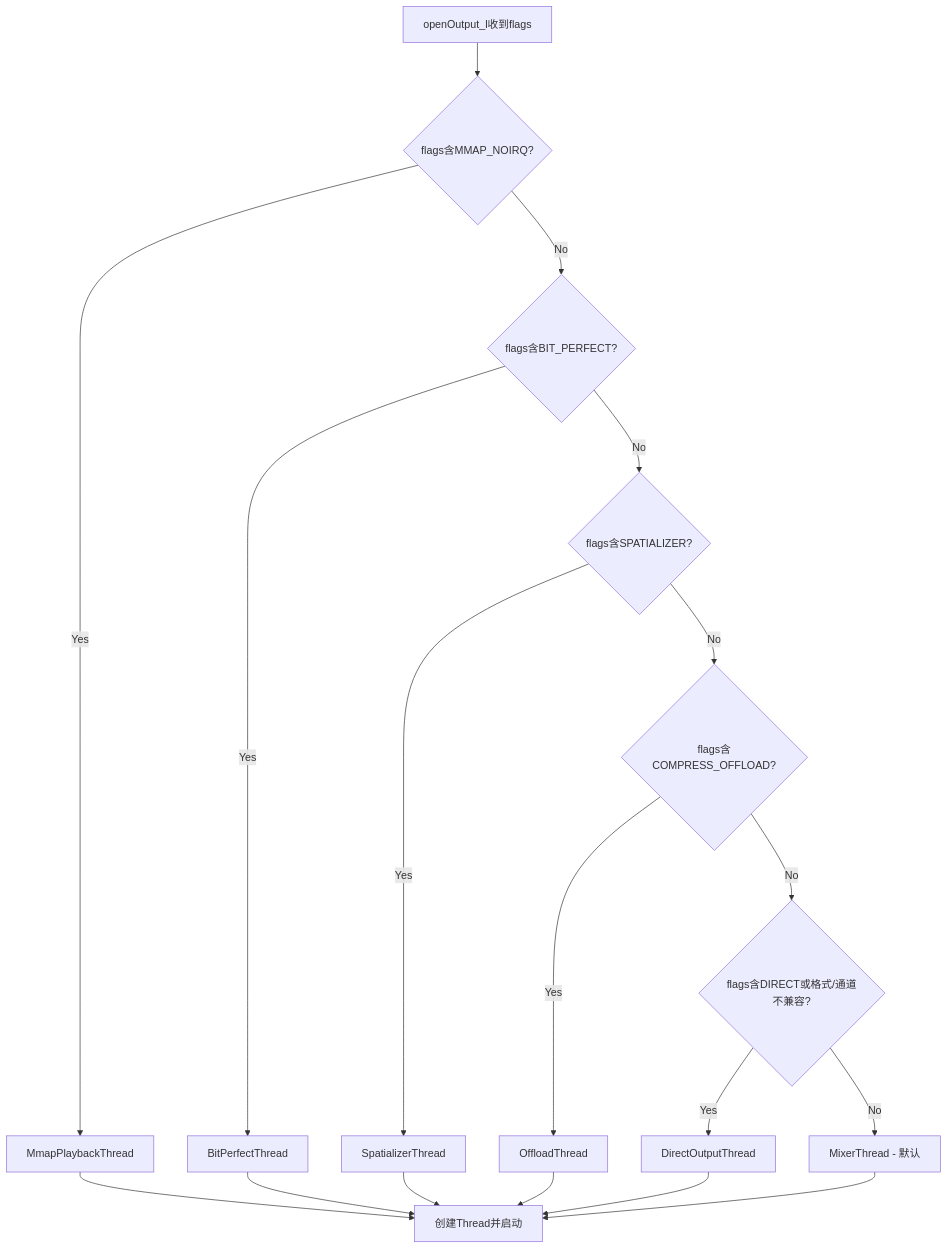
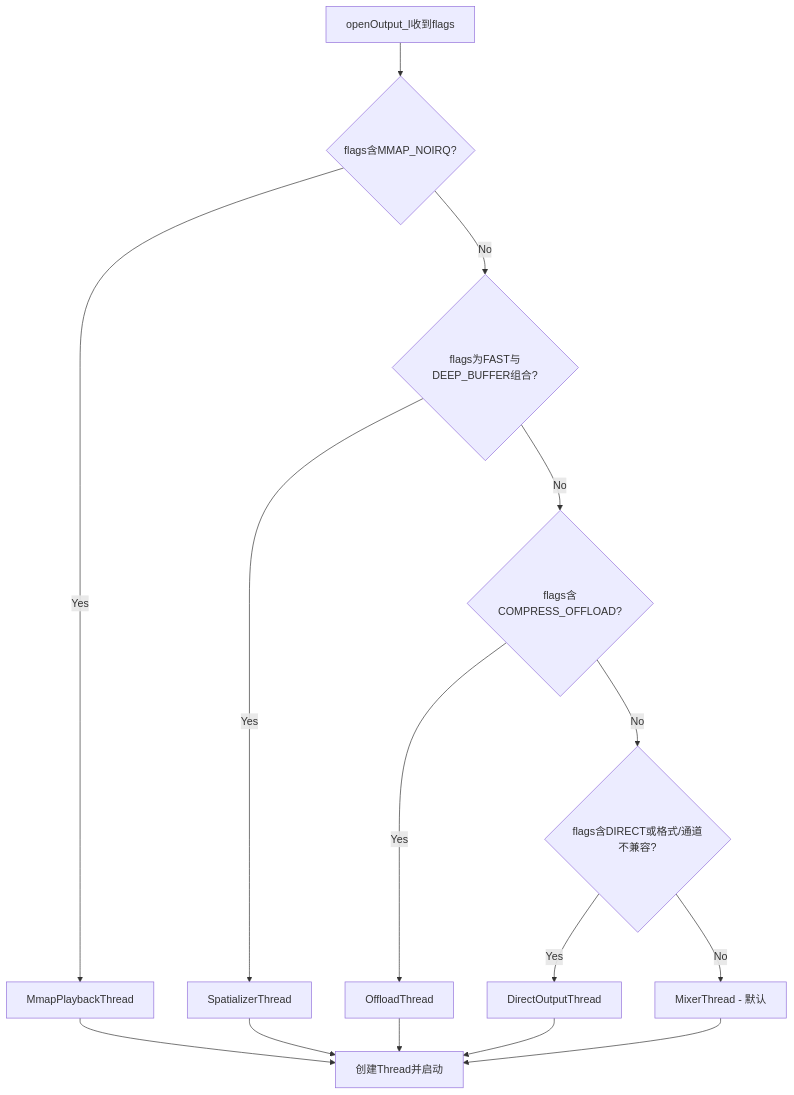
The fourth of 5 diagrams in 05_AudioFlinger/05_5.8_Thread继承体系与匹配规则.md (yanglinzhen1022/SA8295_AAOS_QNX_Audio_KnowledgeBase), drawn with Mermaid before and after one commit. The commit also changed other lines of this file and 12 other files, not shown here.

````diff
--- a/05_AudioFlinger/05_5.8_Thread继承体系与匹配规则.md
+++ b/05_AudioFlinger/05_5.8_Thread继承体系与匹配规则.md
@@ -657,21 +653,18 @@
 ```mermaid
 flowchart TD
     Start[openOutput_l收到flags] --> Check1{flags含MMAP_NOIRQ?}
     Check1 -->|Yes| Create1[MmapPlaybackThread]
-    Check1 -->|No| Check2{flags含BIT_PERFECT?}
-    Check2 -->|Yes| Create2[BitPerfectThread]
-    Check2 -->|No| Check3{flags含SPATIALIZER?}
+    Check1 -->|No| Check3{flags为FAST与DEEP_BUFFER组合?}
     Check3 -->|Yes| Create3[SpatializerThread]
     Check3 -->|No| Check4{flags含COMPRESS_OFFLOAD?}
     Check4 -->|Yes| Create4[OffloadThread]
     Check4 -->|No| Check5{flags含DIRECT或格式/通道不兼容?}
     Check5 -->|Yes| Create5[DirectOutputThread]
     Check5 -->|No| Create6[MixerThread - 默认]
 
     Create1 --> End[创建Thread并启动]
-    Create2 --> End
     Create3 --> End
     Create4 --> End
     Create5 --> End
     Create6 --> End
 ```
````
